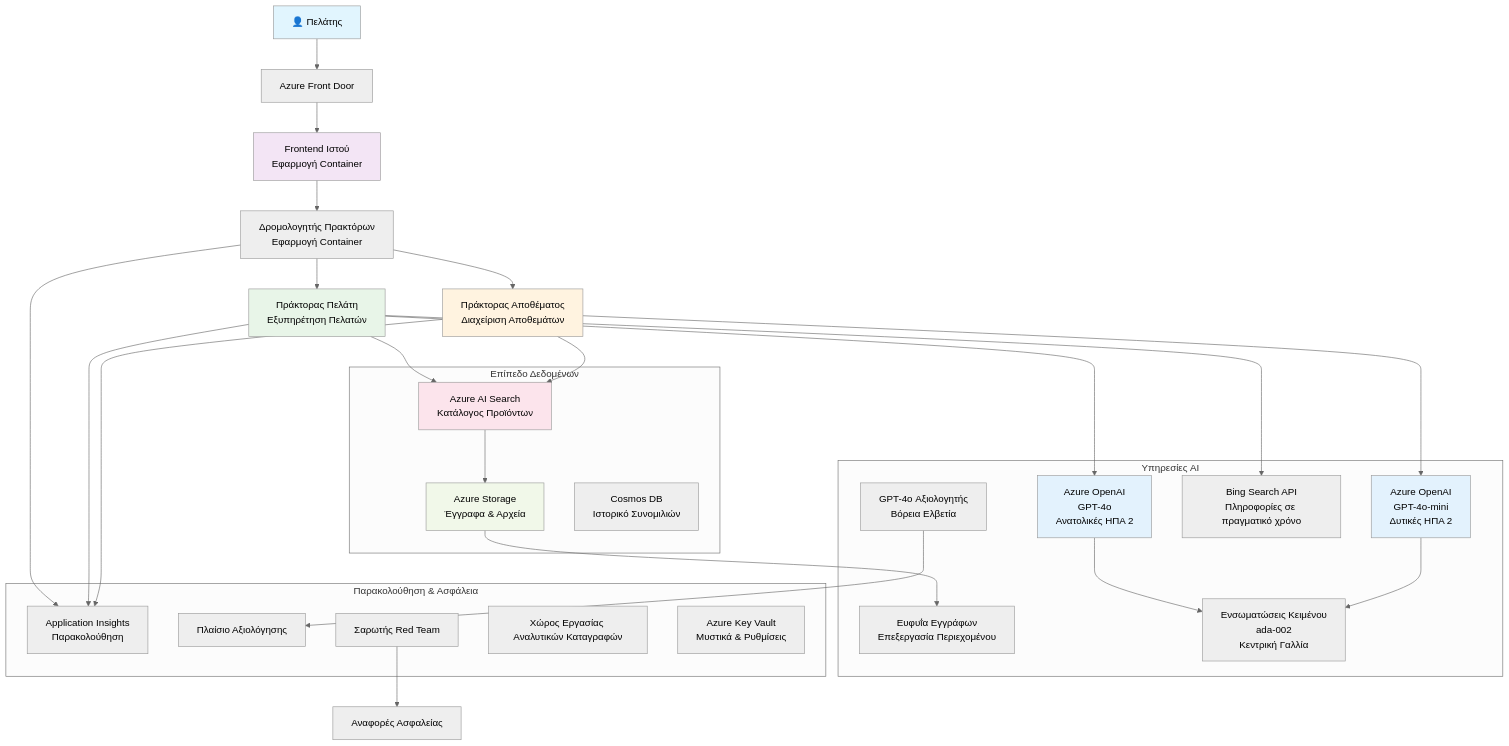
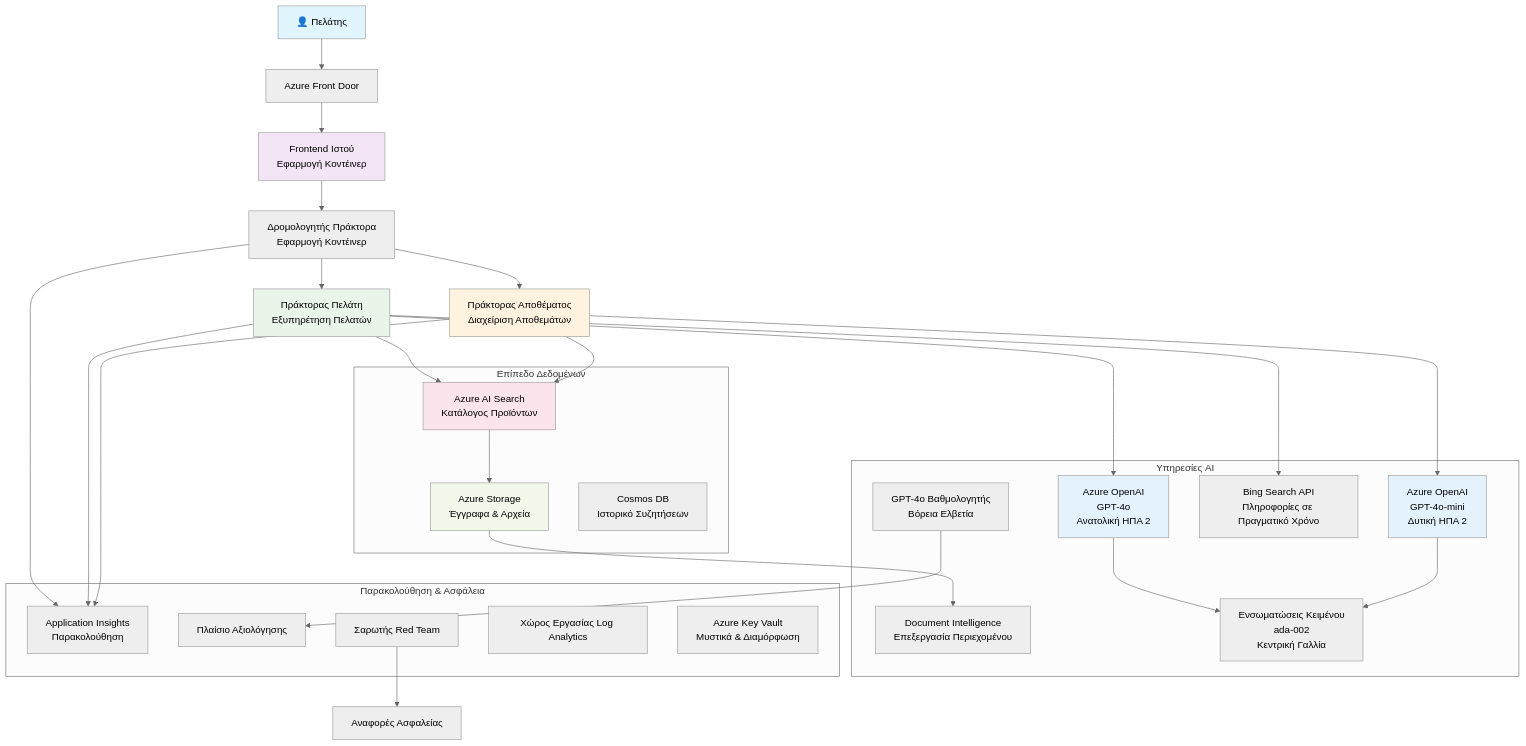
Before and after one commit to microsoft/AZD-for-beginners: the diagram in translations/el/examples/retail-scenario.md, drawn with Mermaid (neutral theme). The commit also changed other lines of this file and 242 other files, not shown here.

````diff
--- a/translations/el/examples/retail-scenario.md
+++ b/translations/el/examples/retail-scenario.md
@@ -148,61 +139,61 @@
 ```mermaid
 graph TB
     User[👤 Πελάτης] --> LB[Azure Front Door]
-    LB --> WebApp[Frontend Ιστού<br/>Εφαρμογή Container]
+    LB --> WebApp[Frontend Ιστού<br/>Εφαρμογή Κοντέινερ]
     
-    WebApp --> Router[Δρομολογητής Πρακτόρων<br/>Εφαρμογή Container]
+    WebApp --> Router[Δρομολογητής Πράκτορα<br/>Εφαρμογή Κοντέινερ]
     Router --> CustomerAgent[Πράκτορας Πελάτη<br/>Εξυπηρέτηση Πελατών]
     Router --> InvAgent[Πράκτορας Αποθέματος<br/>Διαχείριση Αποθεμάτων]
     
-    CustomerAgent --> OpenAI1[Azure OpenAI<br/>GPT-4o<br/>Ανατολικές ΗΠΑ 2]
-    InvAgent --> OpenAI2[Azure OpenAI<br/>GPT-4o-mini<br/>Δυτικές ΗΠΑ 2]
+    CustomerAgent --> OpenAI1[Azure OpenAI<br/>GPT-4o<br/>Ανατολική ΗΠΑ 2]
+    InvAgent --> OpenAI2[Azure OpenAI<br/>GPT-4o-mini<br/>Δυτική ΗΠΑ 2]
     
     CustomerAgent --> AISearch[Azure AI Search<br/>Κατάλογος Προϊόντων]
-    CustomerAgent --> BingSearch[Bing Search API<br/>Πληροφορίες σε πραγματικό χρόνο]
+    CustomerAgent --> BingSearch[Bing Search API<br/>Πληροφορίες σε Πραγματικό Χρόνο]
     InvAgent --> AISearch
     
     AISearch --> Storage[Azure Storage<br/>Έγγραφα & Αρχεία]
-    Storage --> DocIntel[Ευφυΐα Εγγράφων<br/>Επεξεργασία Περιεχομένου]
+    Storage --> DocIntel[Document Intelligence<br/>Επεξεργασία Περιεχομένου]
     
     OpenAI1 --> Embeddings[Ενσωματώσεις Κειμένου<br/>ada-002<br/>Κεντρική Γαλλία]
     OpenAI2 --> Embeddings
     
     Router --> AppInsights[Application Insights<br/>Παρακολούθηση]
     CustomerAgent --> AppInsights
     InvAgent --> AppInsights
     
-    GraderModel[GPT-4o Αξιολογητής<br/>Βόρεια Ελβετία] --> Evaluation[Πλαίσιο Αξιολόγησης]
+    GraderModel[GPT-4o Βαθμολογητής<br/>Βόρεια Ελβετία] --> Evaluation[Πλαίσιο Αξιολόγησης]
     RedTeam[Σαρωτής Red Team] --> SecurityReports[Αναφορές Ασφαλείας]
     
     subgraph "Επίπεδο Δεδομένων"
         Storage
         AISearch
-        CosmosDB[Cosmos DB<br/>Ιστορικό Συνομιλιών]
+        CosmosDB[Cosmos DB<br/>Ιστορικό Συζητήσεων]
     end
     
     subgraph "Υπηρεσίες AI"
         OpenAI1
         OpenAI2
         Embeddings
         GraderModel
         DocIntel
         BingSearch
     end
     
     subgraph "Παρακολούθηση & Ασφάλεια"
         AppInsights
-        LogAnalytics[Χώρος Εργασίας Αναλυτικών Καταγραφών]
-        KeyVault[Azure Key Vault<br/>Μυστικά & Ρυθμίσεις]
+        LogAnalytics[Χώρος Εργασίας Log Analytics]
+        KeyVault[Azure Key Vault<br/>Μυστικά & Διαμόρφωση]
         RedTeam
         Evaluation
     end
     
     style User fill:#e1f5fe
     style WebApp fill:#f3e5f5
     style CustomerAgent fill:#e8f5e8
     style InvAgent fill:#fff3e0
     style OpenAI1 fill:#e3f2fd
     style OpenAI2 fill:#e3f2fd
     style AISearch fill:#fce4ec
     style Storage fill:#f1f8e9
-```  
+```
````
